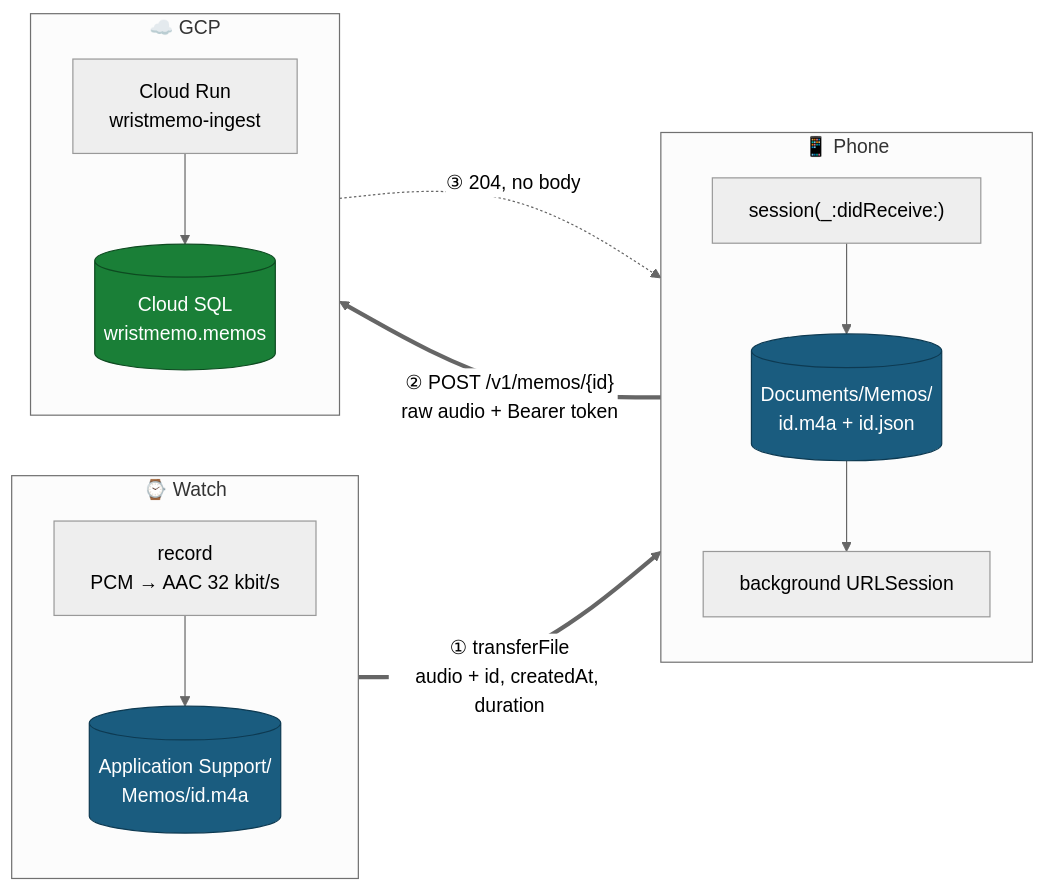
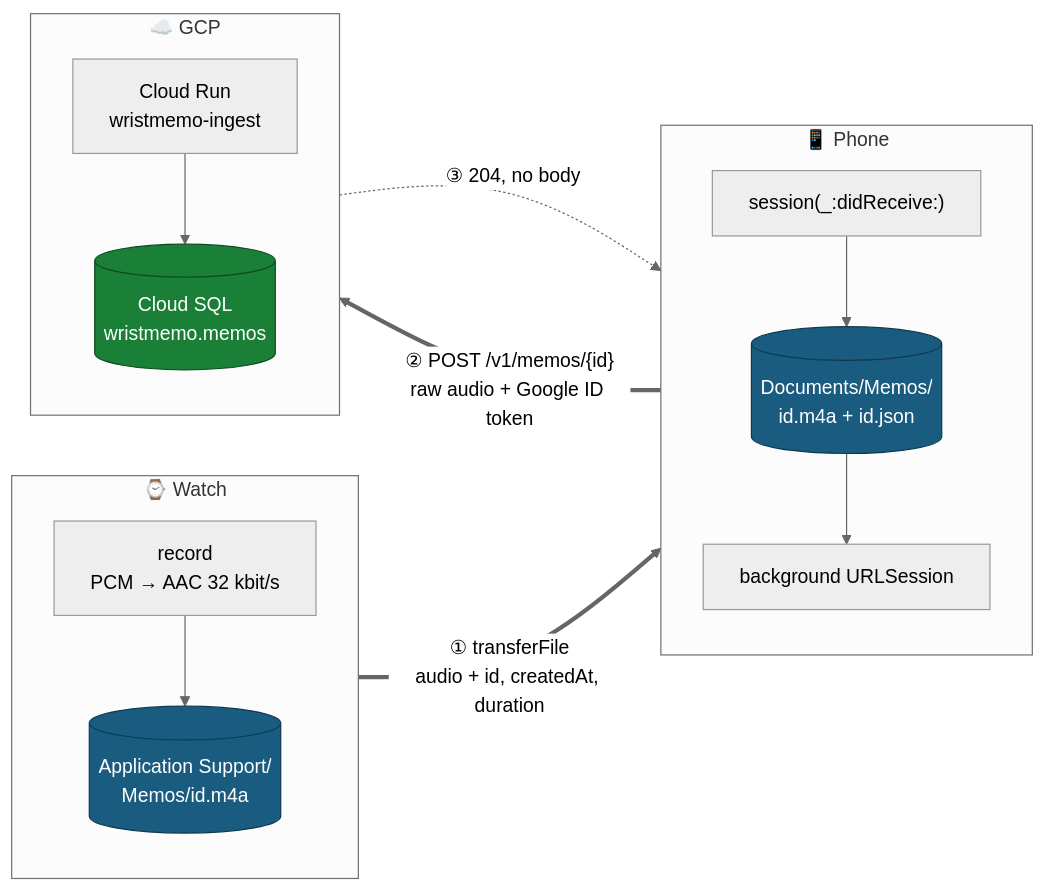
One commit to FrankLong1/watch-recorder changed the first of 4 diagrams in docs/architecture/1a_UPLOAD_PATHS.md. Above: the diagram before and after it, drawn with Mermaid (neutral theme). The commit also changed other lines of this file and 71 other files, not shown here.

````diff
--- a/docs/architecture/1a_UPLOAD_PATHS.md
+++ b/docs/architecture/1a_UPLOAD_PATHS.md
@@ -14,32 +14,32 @@
 ```mermaid
 flowchart LR
     subgraph W["⌚️ Watch"]
         direction TB
         REC["record<br/>PCM → AAC 32 kbit/s"]
         WD[("Application Support/<br/>Memos/id.m4a")]
         REC --> WD
     end
 
     subgraph P["📱 Phone"]
         direction TB
         RX["session(_:didReceive:)"]
         PD[("Documents/Memos/<br/>id.m4a + id.json")]
         UP["background URLSession"]
         RX --> PD --> UP
     end
 
     subgraph G["☁️ GCP"]
         direction TB
         CR["Cloud Run<br/>wristmemo-ingest"]
         DB[("Cloud SQL<br/>wristmemo.memos")]
         CR --> DB
     end
 
     WD ==>|"① transferFile<br/>audio + id, createdAt, duration"| RX
-    UP ==>|"② POST /v1/memos/{id}<br/>raw audio + Bearer token"| CR
+    UP ==>|"② POST /v1/memos/{id}<br/>raw audio + Google ID token"| CR
     CR -.->|"③ 204, no body"| UP
 
     style WD fill:#1a5c7f,stroke:#0d3a52,color:#fff
     style PD fill:#1a5c7f,stroke:#0d3a52,color:#fff
     style DB fill:#1a7f37,stroke:#0d4a20,color:#fff
 ```
````
